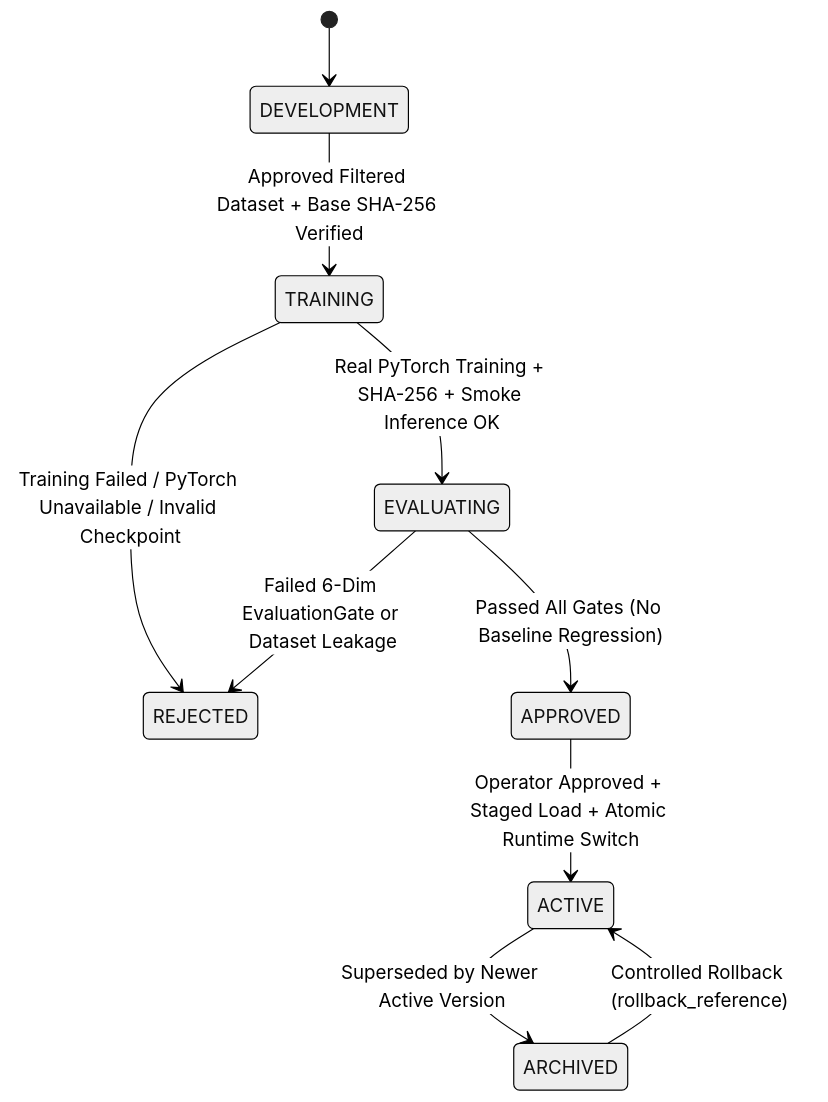
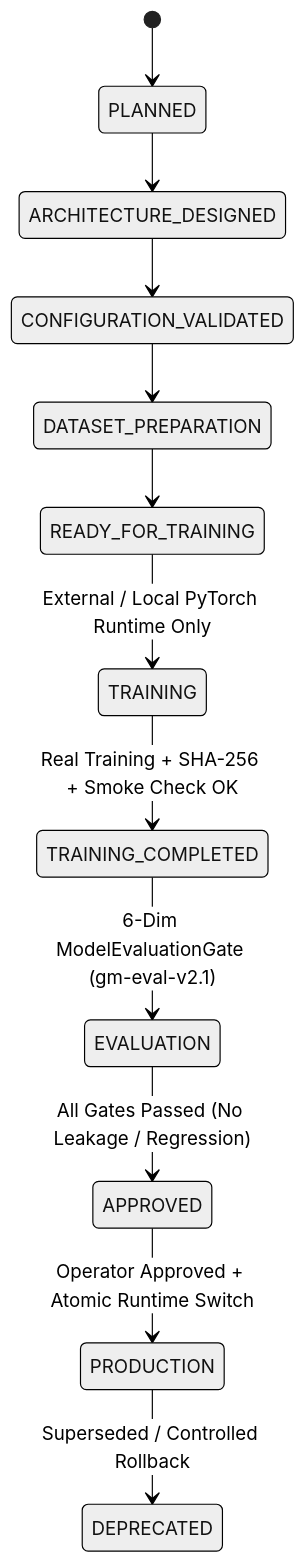
The third of 5 diagrams in README.md (hoed/gajahmada-ai), drawn with Mermaid (neutral theme) before and after one commit. The commit also changed other lines of this file and 20 other files, not shown here.

Commit message:
update architecture and evolution

````diff
--- a/README.md
+++ b/README.md
@@ -112,12 +118,14 @@
 ```mermaid
 stateDiagram-v2
-    [*] --> DEVELOPMENT
-    DEVELOPMENT --> TRAINING : Approved Filtered Dataset + Base SHA-256 Verified
-    TRAINING --> REJECTED : Training Failed / PyTorch Unavailable / Invalid Checkpoint
-    TRAINING --> EVALUATING : Real PyTorch Training + SHA-256 + Smoke Inference OK
-    EVALUATING --> REJECTED : Failed 6-Dim EvaluationGate or Dataset Leakage
-    EVALUATING --> APPROVED : Passed All Gates (No Baseline Regression)
-    APPROVED --> ACTIVE : Operator Approved + Staged Load + Atomic Runtime Switch
-    ACTIVE --> ARCHIVED : Superseded by Newer Active Version
-    ARCHIVED --> ACTIVE : Controlled Rollback (rollback_reference)
+    [*] --> PLANNED
+    PLANNED --> ARCHITECTURE_DESIGNED
+    ARCHITECTURE_DESIGNED --> CONFIGURATION_VALIDATED
+    CONFIGURATION_VALIDATED --> DATASET_PREPARATION
+    DATASET_PREPARATION --> READY_FOR_TRAINING
+    READY_FOR_TRAINING --> TRAINING : External / Local PyTorch Runtime Only
+    TRAINING --> TRAINING_COMPLETED : Real Training + SHA-256 + Smoke Check OK
+    TRAINING_COMPLETED --> EVALUATION : 6-Dim ModelEvaluationGate (gm-eval-v2.1)
+    EVALUATION --> APPROVED : All Gates Passed (No Leakage / Regression)
+    APPROVED --> PRODUCTION : Operator Approved + Atomic Runtime Switch
+    PRODUCTION --> DEPRECATED : Superseded / Controlled Rollback
 ```
````
